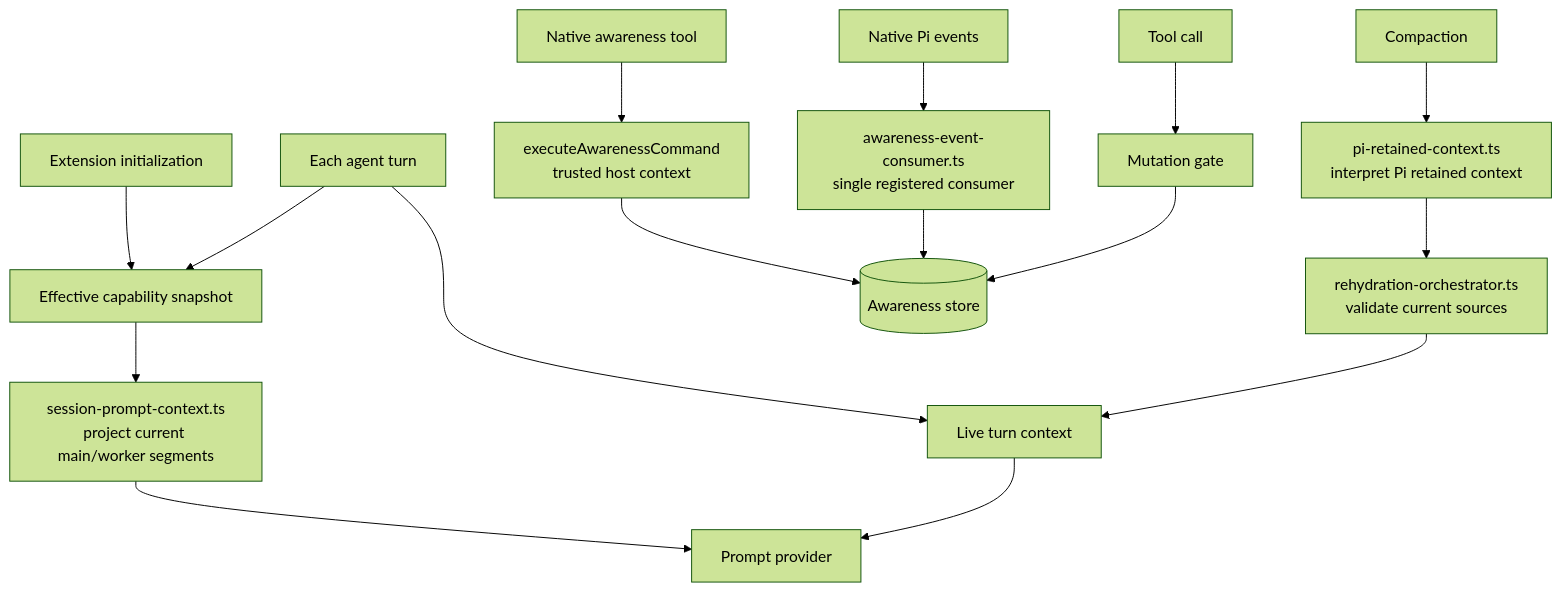
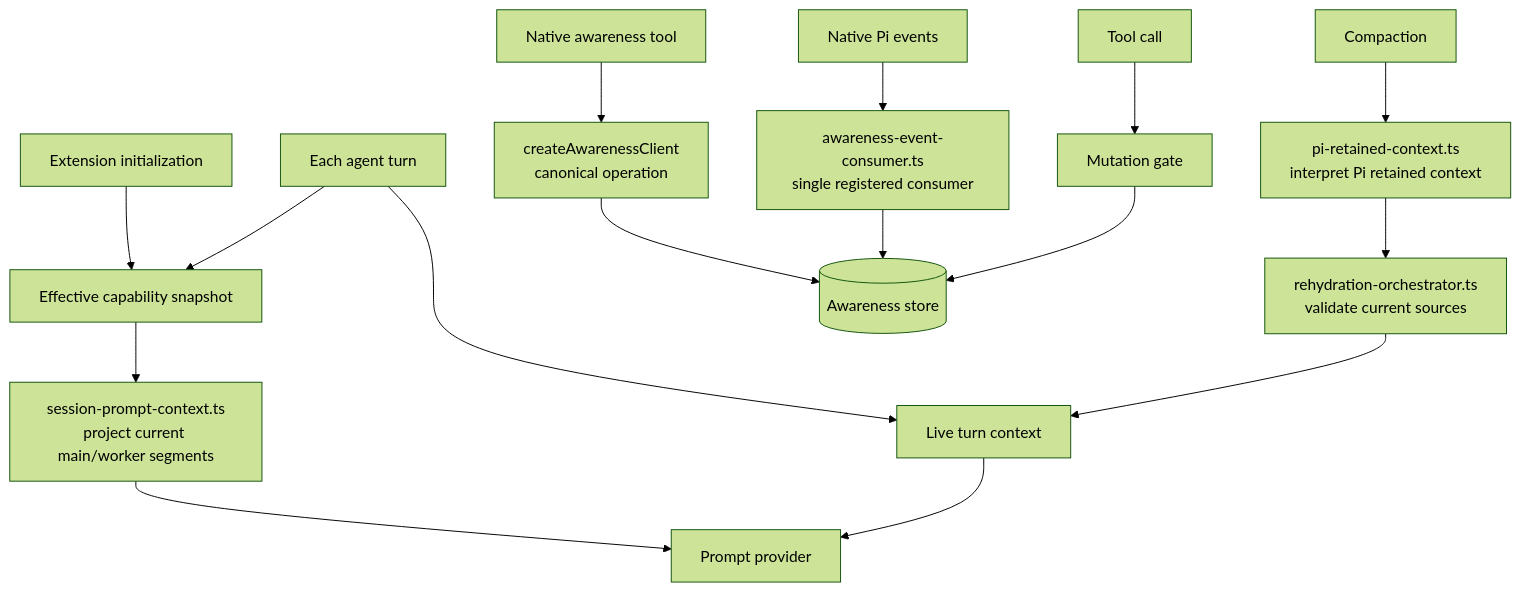
One commit to bgauryy/octocode changed the diagram in packages/octocode-pi-extension/ARCHITECTURE.md. Above: the diagram before and after it, drawn with Mermaid (forest theme). The commit also changed other lines of this file and 221 other files, not shown here.

````diff
--- a/packages/octocode-pi-extension/ARCHITECTURE.md
+++ b/packages/octocode-pi-extension/ARCHITECTURE.md
@@ -272,18 +272,18 @@
 ```mermaid
 flowchart TD
   Init[Extension initialization] --> Snapshot[Effective capability snapshot]
   Turn[Each agent turn] --> Snapshot
   Snapshot --> Assemble[session-prompt-context.ts<br/>project current main/worker segments]
   Assemble --> Provider[Prompt provider]
   Turn --> Live[Live turn context]
   Live --> Provider
-  Native[Native awareness tool] --> API[executeAwarenessCommand<br/>trusted host context]
+  Native[Native awareness tool] --> API[createAwarenessClient<br/>canonical operation]
   Events[Native Pi events] --> Consumer[awareness-event-consumer.ts<br/>single registered consumer]
   ToolCall[Tool call] --> Mutation[Mutation gate]
   API --> Store[(Awareness store)]
   Consumer --> Store
   Mutation --> Store
   Compact[Compaction] --> PiAdapter[pi-retained-context.ts<br/>interpret Pi retained context]
   PiAdapter --> Rehydrate[rehydration-orchestrator.ts<br/>validate current sources]
   Rehydrate --> Live
 ```
````
